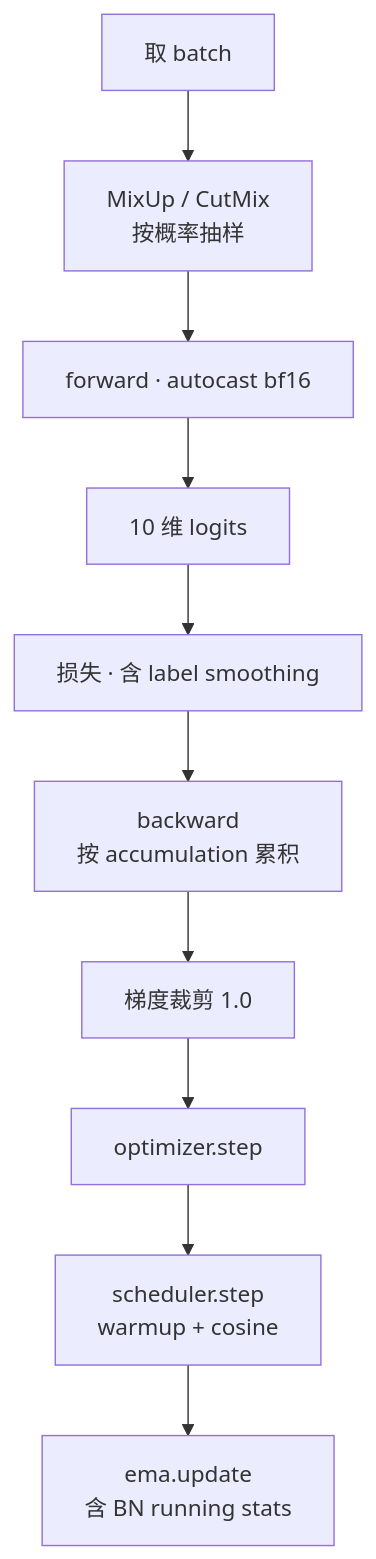
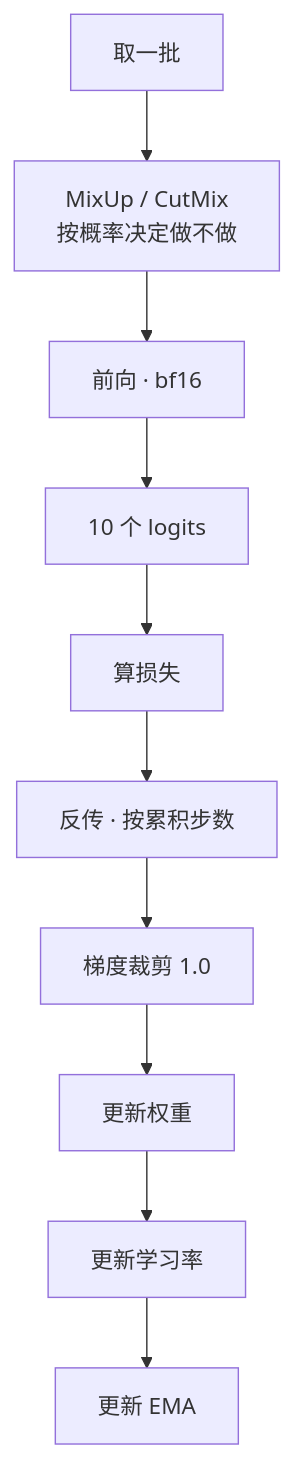
One commit to cixiy1/Yuki-blog changed the fourth of 9 diagrams in src/content/posts/chest-smart-diagnosis.md. Above: the diagram before and after it, drawn with Mermaid. The commit also changed other lines of this file, not shown here.

````diff
--- a/src/content/posts/chest-smart-diagnosis.md
+++ b/src/content/posts/chest-smart-diagnosis.md
@@ -282,12 +248,12 @@
 ```mermaid
 flowchart TB
-  A["取 batch"] --> B["MixUp / CutMix<br/>按概率抽样"]
-  B --> C["forward · autocast bf16"]
-  C --> D["10 维 logits"]
-  D --> E["损失 · 含 label smoothing"]
-  E --> F["backward<br/>按 accumulation 累积"]
+  A["取一批"] --> B["MixUp / CutMix<br/>按概率决定做不做"]
+  B --> C["前向 · bf16"]
+  C --> D["10 个 logits"]
+  D --> E["算损失"]
+  E --> F["反传 · 按累积步数"]
   F --> G["梯度裁剪 1.0"]
-  G --> H["optimizer.step"]
-  H --> I["scheduler.step<br/>warmup + cosine"]
-  I --> J["ema.update<br/>含 BN running stats"]
+  G --> H["更新权重"]
+  H --> I["更新学习率"]
+  I --> J["更新 EMA"]
 ```
````
